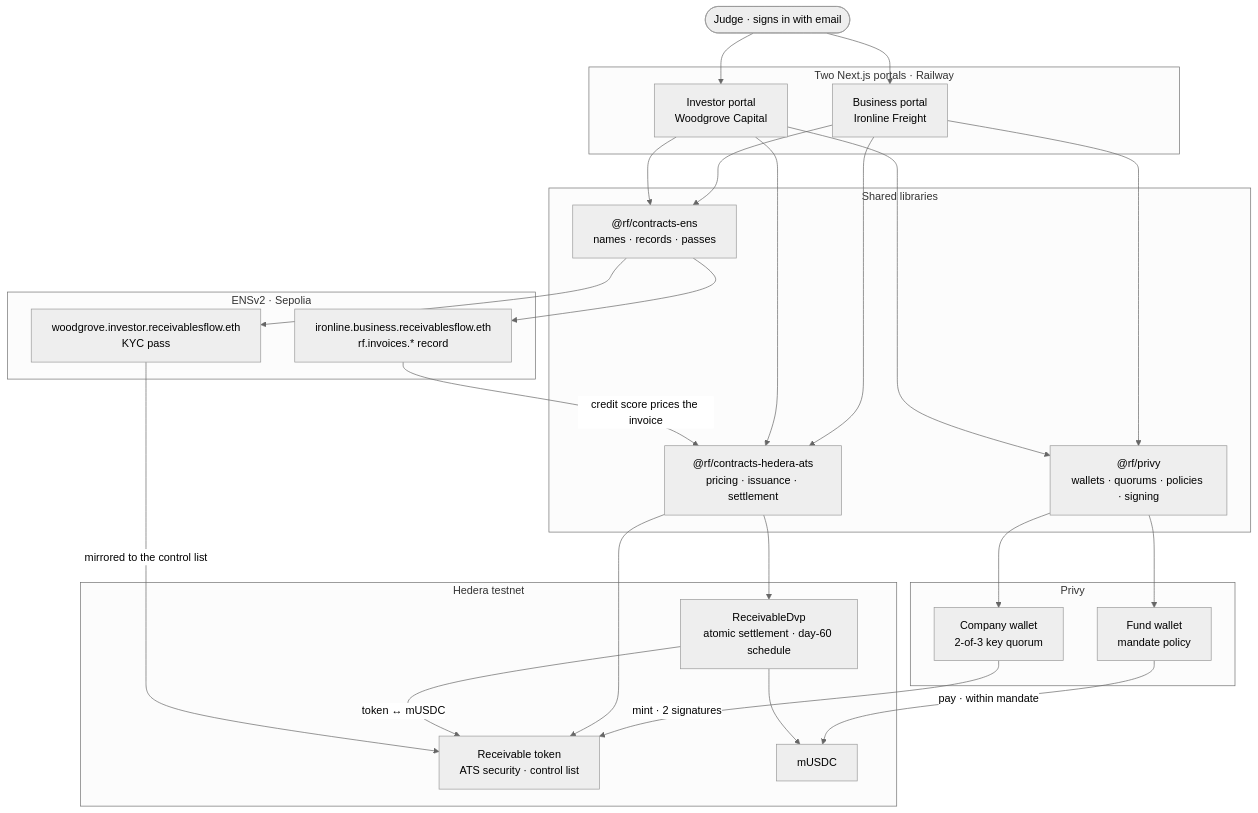
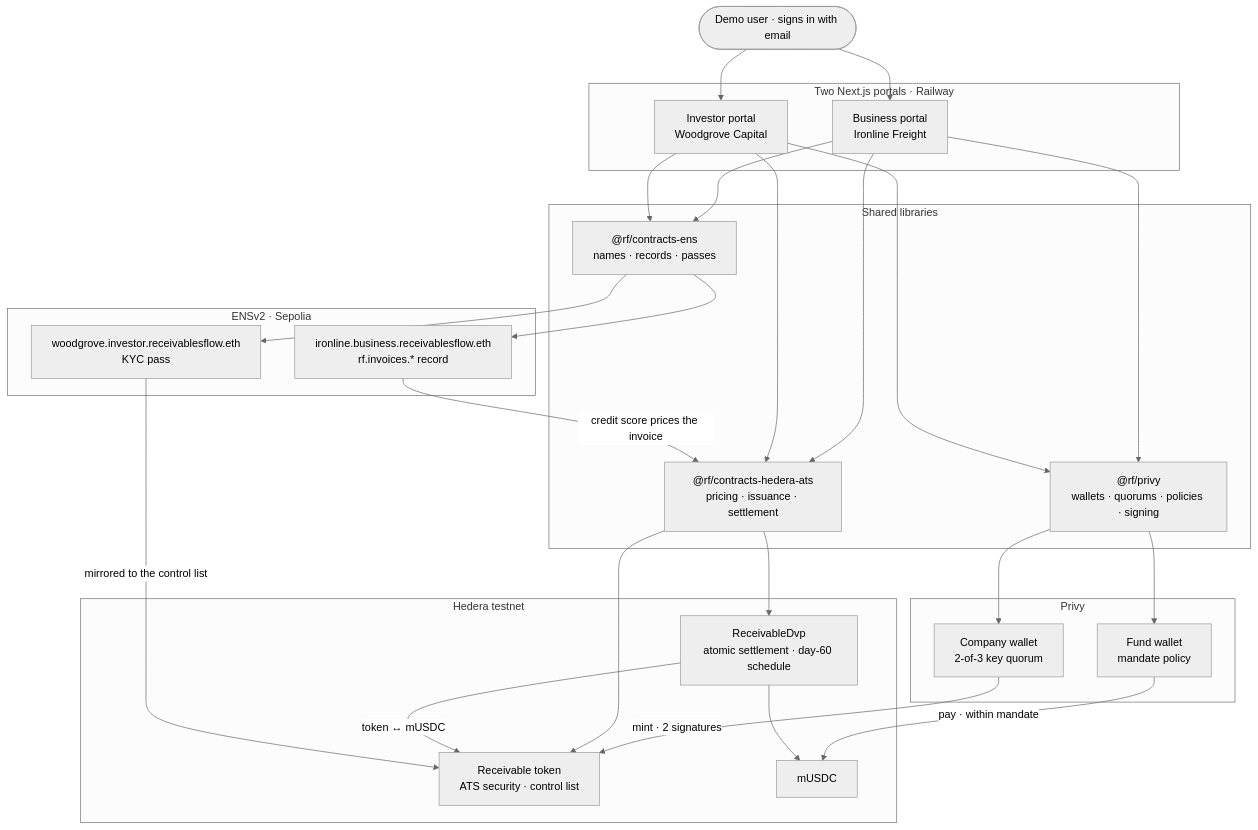
Before and after one commit to cvestrada/receivables-flow: the diagram in README.md, drawn with Mermaid (neutral theme).

Commit message:
docs: demo user, not judge, in the diagram
Claude-Session: https://claude.ai/code/session_01MkdzNjUBmwdnGPR96wAaKE

````diff
--- a/README.md
+++ b/README.md
@@ -33,55 +33,55 @@
 ```mermaid
 flowchart TD
-    JUDGE(["Judge · signs in with email"])
+    USER(["Demo user · signs in with email"])
 
     subgraph PORTALS["Two Next.js portals · Railway"]
         BIZ["Business portal<br/>Ironline Freight"]
         INV["Investor portal<br/>Woodgrove Capital"]
     end
 
     subgraph LIBS["Shared libraries"]
         PRIVYLIB["@rf/privy<br/>wallets · quorums · policies · signing"]
         ATSLIB["@rf/contracts-hedera-ats<br/>pricing · issuance · settlement"]
         ENSLIB["@rf/contracts-ens<br/>names · records · passes"]
     end
 
     subgraph PRIVY["Privy"]
         COMPANY["Company wallet<br/>2-of-3 key quorum"]
         FUND["Fund wallet<br/>mandate policy"]
     end
 
     subgraph HEDERA["Hedera testnet"]
         TOKEN["Receivable token<br/>ATS security · control list"]
         DVP["ReceivableDvp<br/>atomic settlement · day-60 schedule"]
         USDC["mUSDC"]
     end
 
     subgraph ENS["ENSv2 · Sepolia"]
         BIZNAME["ironline.business.receivablesflow.eth<br/>rf.invoices.* record"]
         FUNDNAME["woodgrove.investor.receivablesflow.eth<br/>KYC pass"]
     end
 
-    JUDGE --> BIZ
-    JUDGE --> INV
+    USER --> BIZ
+    USER --> INV
     BIZ --> PRIVYLIB
     INV --> PRIVYLIB
     BIZ --> ATSLIB
     INV --> ATSLIB
     BIZ --> ENSLIB
     INV --> ENSLIB
 
     PRIVYLIB --> COMPANY
     PRIVYLIB --> FUND
     COMPANY -- "mint · 2 signatures" --> TOKEN
     FUND -- "pay · within mandate" --> USDC
 
     ATSLIB --> TOKEN
     ATSLIB --> DVP
     DVP -- "token ↔ mUSDC" --> TOKEN
     DVP --> USDC
 
     ENSLIB --> BIZNAME
     ENSLIB --> FUNDNAME
     BIZNAME -- "credit score prices the invoice" --> ATSLIB
     FUNDNAME -- "mirrored to the control list" --> TOKEN
 ```
````
